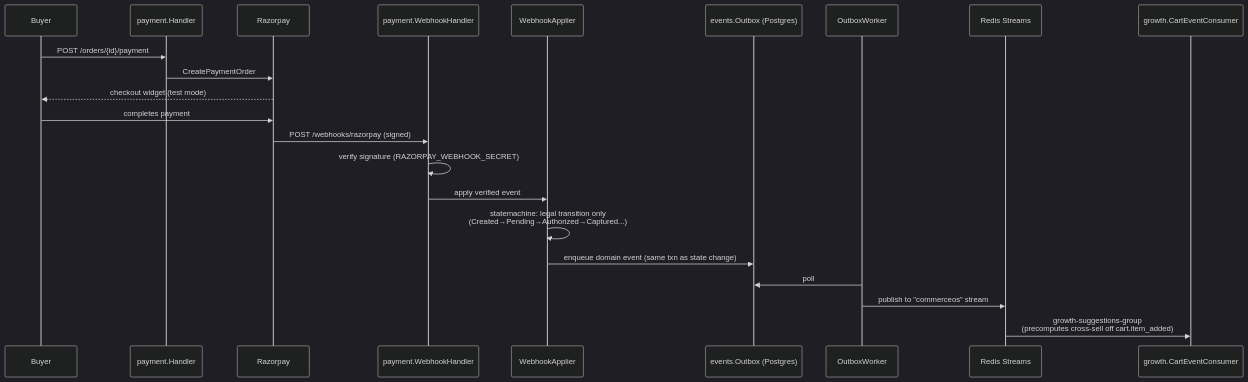
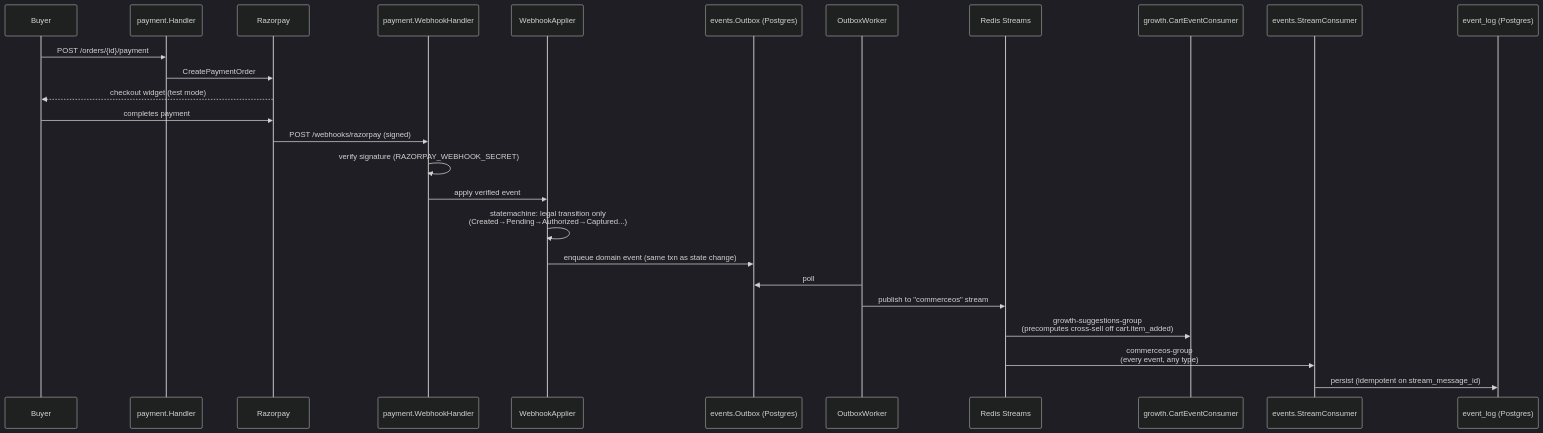
Before and after one commit to GarineSaiAjay/commerceos: the ninth of 10 diagrams in files/ARCHITECTURE.md, drawn with Mermaid (dark theme). The commit also changed other lines of this file and 6 other files, not shown here.

````diff
--- a/files/ARCHITECTURE.md
+++ b/files/ARCHITECTURE.md
@@ -370,25 +370,29 @@
 ```mermaid
 sequenceDiagram
     participant Buyer
     participant PaymentH as payment.Handler
     participant Razorpay
     participant Webhook as payment.WebhookHandler
     participant Applier as WebhookApplier
     participant Outbox as events.Outbox (Postgres)
     participant Worker as OutboxWorker
     participant Streams as Redis Streams
     participant Consumer as growth.CartEventConsumer
+    participant Logger as events.StreamConsumer
+    participant EventLog as event_log (Postgres)
 
     Buyer->>PaymentH: POST /orders/{id}/payment
     PaymentH->>Razorpay: CreatePaymentOrder
     Razorpay-->>Buyer: checkout widget (test mode)
     Buyer->>Razorpay: completes payment
     Razorpay->>Webhook: POST /webhooks/razorpay (signed)
     Webhook->>Webhook: verify signature (RAZORPAY_WEBHOOK_SECRET)
     Webhook->>Applier: apply verified event
     Applier->>Applier: statemachine: legal transition only<br/>(Created→Pending→Authorized→Captured...)
     Applier->>Outbox: enqueue domain event (same txn as state change)
     Worker->>Outbox: poll
     Worker->>Streams: publish to "commerceos" stream
     Streams->>Consumer: growth-suggestions-group<br/>(precomputes cross-sell off cart.item_added)
+    Streams->>Logger: commerceos-group<br/>(every event, any type)
+    Logger->>EventLog: persist (idempotent on stream_message_id)
 ```
````
